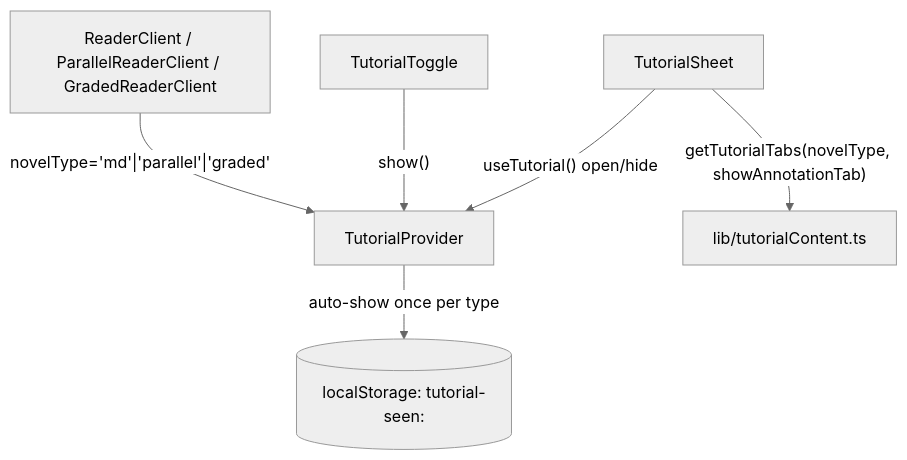
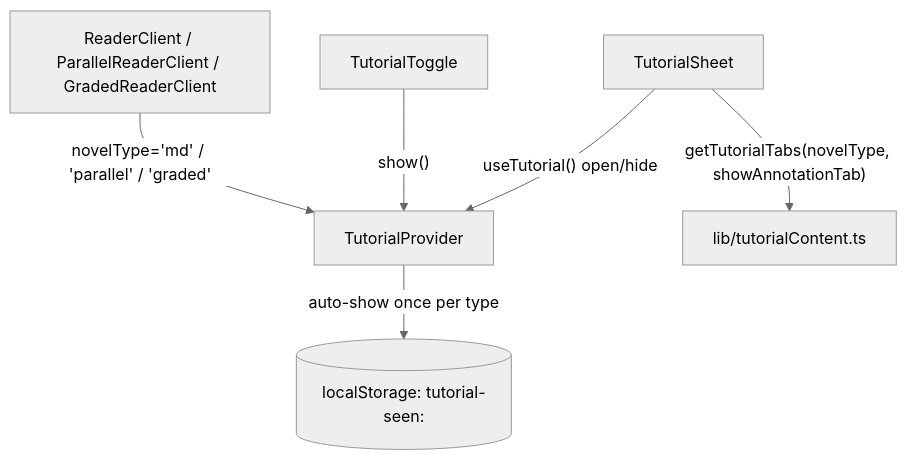
Before and after one commit to PembaSrpa/artt-map: the diagram in content/schatten-lesen/06-tutorial.mdx, drawn with Mermaid (neutral theme). The commit also changed 3 other files, not shown here.

````diff
--- a/content/schatten-lesen/06-tutorial.mdx
+++ b/content/schatten-lesen/06-tutorial.mdx
@@ -21,8 +21,8 @@
 ```mermaid
 flowchart TB
-    RC["ReaderClient / ParallelReaderClient / GradedReaderClient"] -->|"novelType='md'|'parallel'|'graded'"| TP["TutorialProvider"]
+    RC["ReaderClient / ParallelReaderClient / GradedReaderClient"] -->|"novelType='md' / 'parallel' / 'graded'"| TP["TutorialProvider"]
     TP -->|"auto-show once per type"| LS[("localStorage: tutorial-seen:<novelType>")]
     TOGGLE["TutorialToggle"] -->|"show()"| TP
     SHEET["TutorialSheet"] -->|"useTutorial() open/hide"| TP
     SHEET -->|"getTutorialTabs(novelType, showAnnotationTab)"| CONTENT["lib/tutorialContent.ts"]
 ```
````
